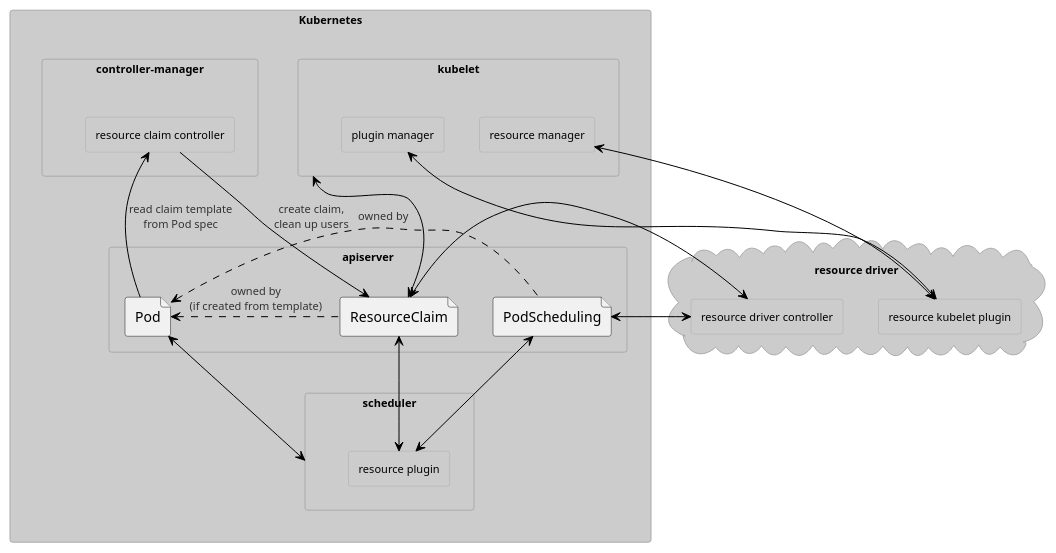
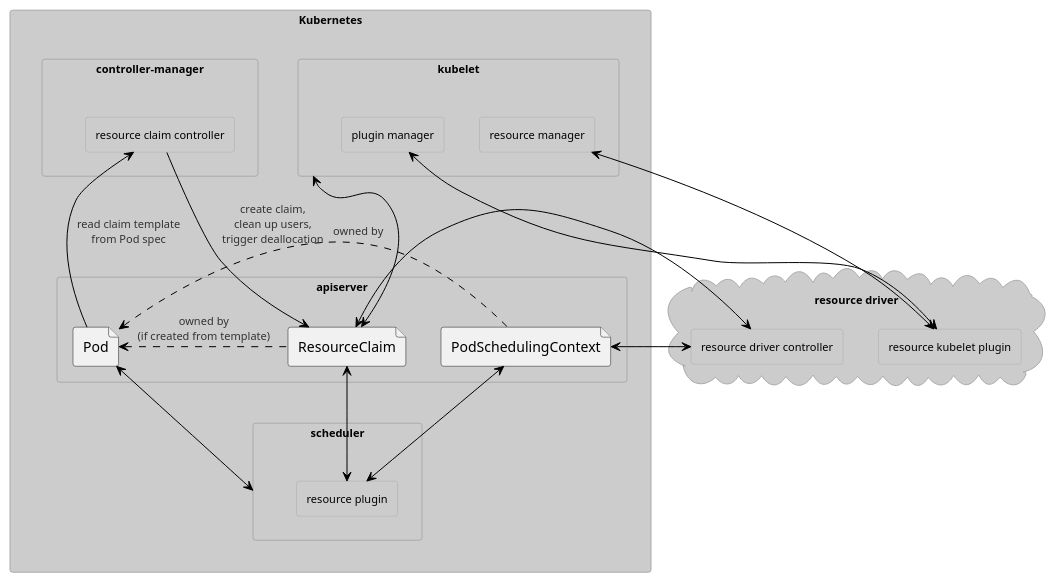
The diagram in keps/sig-node/3063-dynamic-resource-allocation/components.puml (kubernetes/enhancements), drawn with PlantUML before and after one commit. The commit also changed 11 other files, not shown here.

```diff
--- a/keps/sig-node/3063-dynamic-resource-allocation/components.puml
+++ b/keps/sig-node/3063-dynamic-resource-allocation/components.puml
@@ -1,47 +1,47 @@
 @startuml
 !theme reddress-lightblue
 skinparam componentStyle rectangle
 
 cloud "resource driver" {
   component "resource driver controller" as drivercontroller
   component "resource kubelet plugin" as driverplugin
 }
 
 component Kubernetes {
   component apiserver {
       file Pod
       file ResourceClaim
-      file PodScheduling
+      file PodSchedulingContext
   }
   component scheduler {
     component "resource plugin" as k8sresourceplugin
   }
   component "controller-manager" as controllermanager {
     component "resource claim controller" as k8sresourceclaimcontroller
   }
   component kubelet {
     component "plugin manager" as pluginmanager
     component "resource manager" as resourcemanager
   }
 }
 
 controllermanager -[hidden]> kubelet
 drivercontroller -[hidden]> driverplugin
 
 Pod <. ResourceClaim: owned by\n(if created from template)
-Pod <. PodScheduling: owned by
+Pod <. PodSchedulingContext: owned by
 
 
 Pod -u-> k8sresourceclaimcontroller: read claim template\nfrom Pod spec
-ResourceClaim <-u- k8sresourceclaimcontroller: create claim,\nclean up users
+ResourceClaim <-u- k8sresourceclaimcontroller: create claim,\nclean up users,\ntrigger deallocation\n
 ResourceClaim <-u-> kubelet
-k8sresourceplugin <-u-> PodScheduling
+k8sresourceplugin <-u-> PodSchedulingContext
 
 Pod <--> scheduler
 ResourceClaim <--> k8sresourceplugin
 
 ResourceClaim <-> drivercontroller
 pluginmanager <-> driverplugin
 resourcemanager <-> driverplugin
-PodScheduling <-> drivercontroller
+PodSchedulingContext <-> drivercontroller
 @enduml
```
